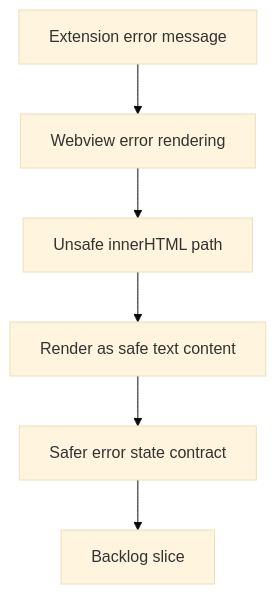
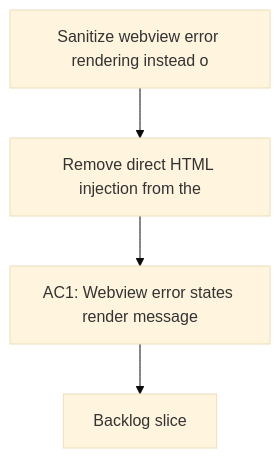
Before and after one commit to AlexAgo83/logics-manager: the diagram in logics/request/req_115_sanitize_webview_error_rendering_instead_of_injecting_raw_error_html.md, drawn with Mermaid (base theme). The commit also changed other lines of this file and 481 other files, not shown here.

````diff
--- a/logics/request/req_115_sanitize_webview_error_rendering_instead_of_injecting_raw_error_html.md
+++ b/logics/request/req_115_sanitize_webview_error_rendering_instead_of_injecting_raw_error_html.md
@@ -25,10 +25,8 @@
 ```mermaid
 %% logics-kind: request
 %% logics-signature: request|sanitize-webview-error-rendering-instead|remove-direct-html-injection-from-the|ac1-webview-error-states-render-message
 flowchart TD
-    Host[Extension error message] --> Webview[Webview error rendering]
-    Webview --> Unsafe[Unsafe innerHTML path]
-    Unsafe --> Fix[Render as safe text content]
-    Fix --> Safer[Safer error state contract]
-    Safer --> Backlog[Backlog slice]
+    Trigger[Sanitize webview error rendering instead o] --> Need[Remove direct HTML injection from the]
+    Need --> Outcome[AC1: Webview error states render message]
+    Outcome --> Backlog[Backlog slice]
 ```
````
